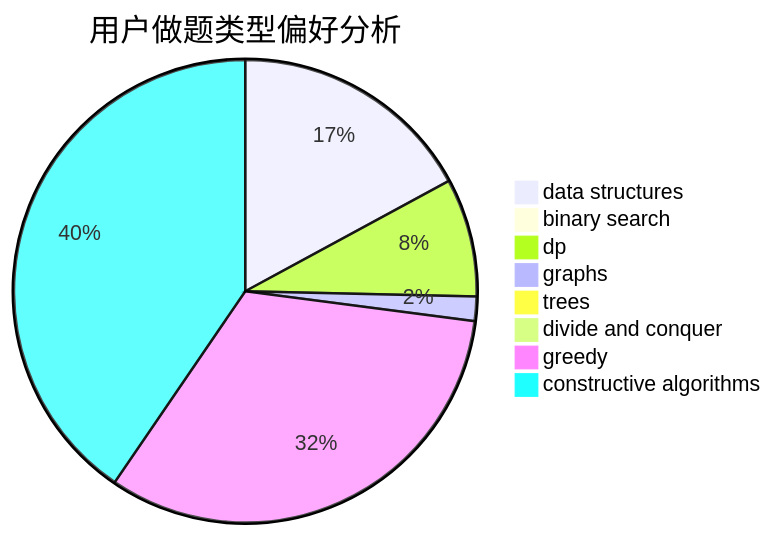
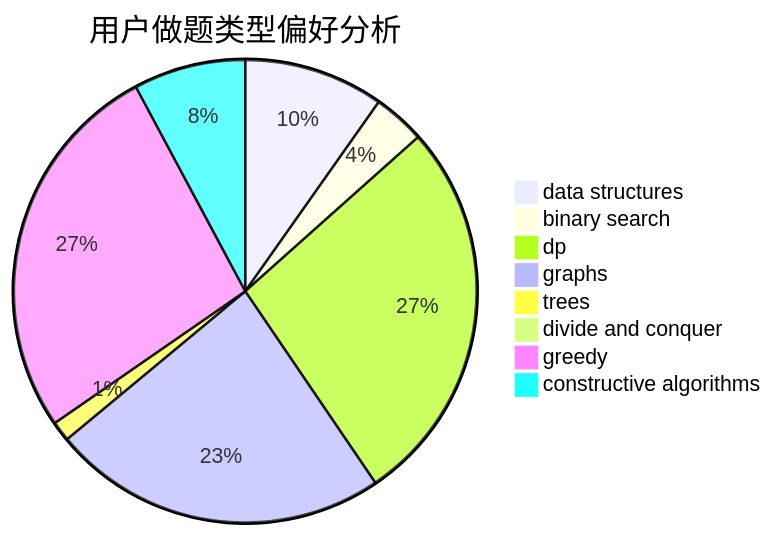
Before and after one commit to sherpahu/cfrs.github.io: the second of 3 diagrams in docs/user/u255.md, drawn with Mermaid. The commit also changed other lines of this file and 2770 other files, not shown here.

````diff
--- a/docs/user/u255.md
+++ b/docs/user/u255.md
@@ -23,11 +23,11 @@
 ```mermaid
 pie title 用户做题类型偏好分析
-    "data structures" :  60
-    "binary search" :  1
-    "dp" :  29
-    "graphs" :  6
-    "trees" :  1
-    "divide and conquer" :  3
-    "greedy" :  114
-    "constructive algorithms" :  142
+    "data structures" :  35
+    "binary search" :  13
+    "dp" :  97
+    "graphs" :  84
+    "trees" :  5
+    "divide and conquer" :  0
+    "greedy" :  96
+    "constructive algorithms" :  28
 ```
````
